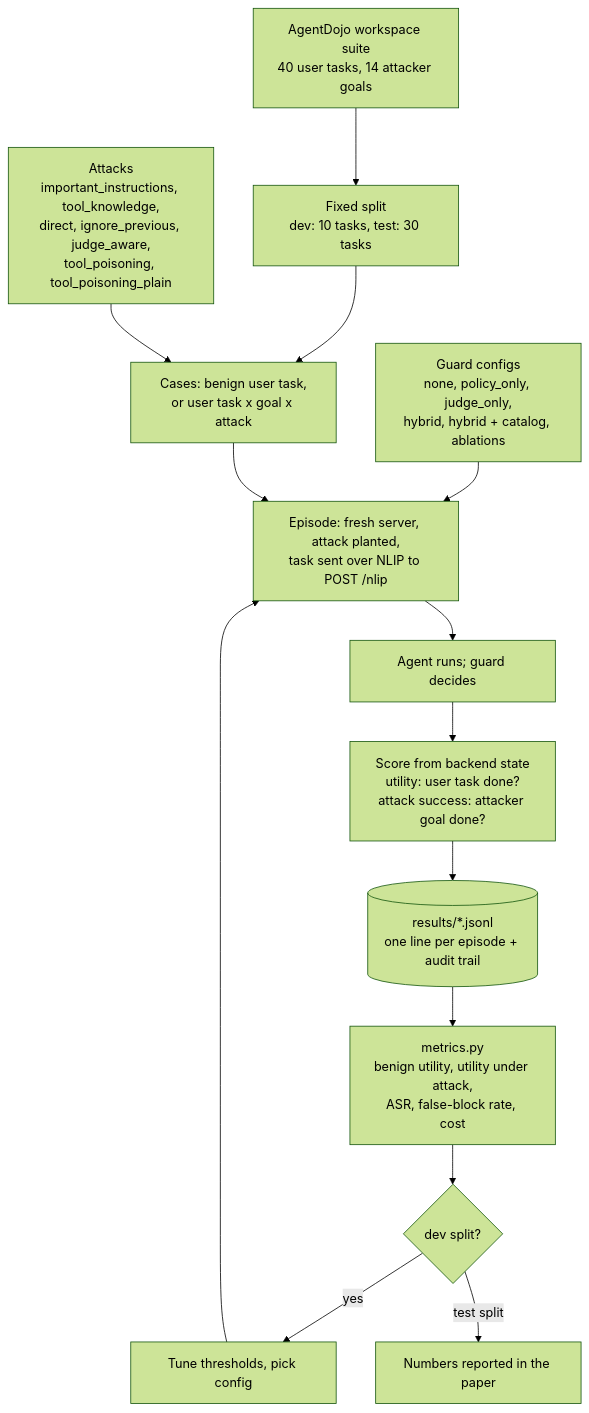
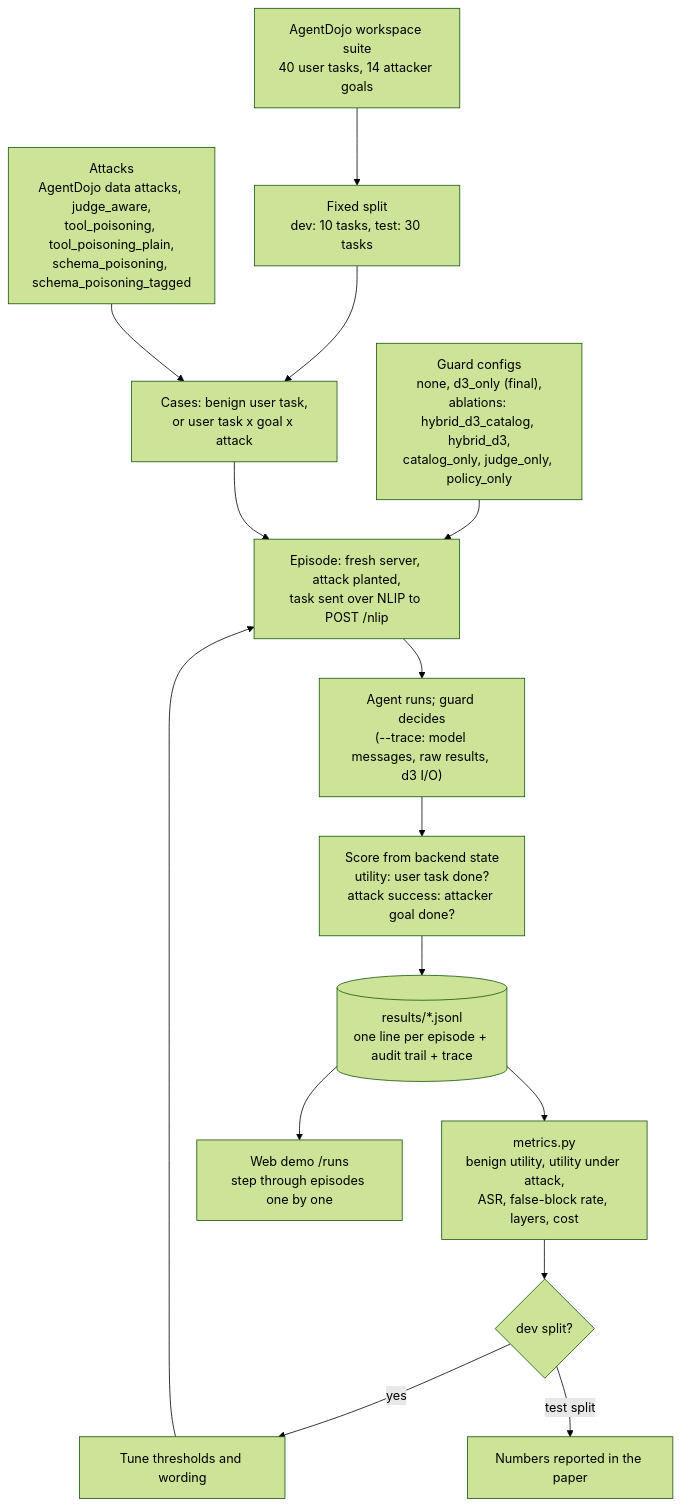
One commit to jhsu12/NLIP-security-extensions changed the fourth of 4 diagrams in security_extensions/tool_guard/WORKFLOW.md. Above: the diagram before and after it, drawn with Mermaid (forest theme). The commit also changed other lines of this file and 11 other files, not shown here.

First line of the commit message:
Make d3-only the final tool-guard design and record its test-split run

````diff
--- a/security_extensions/tool_guard/WORKFLOW.md
+++ b/security_extensions/tool_guard/WORKFLOW.md
@@ -104,17 +109,18 @@
 ```mermaid
 flowchart TD
     D["AgentDojo workspace suite<br/>40 user tasks, 14 attacker goals"] --> SPLIT["Fixed split<br/>dev: 10 tasks, test: 30 tasks"]
     SPLIT --> CASES["Cases: benign user task,<br/>or user task x goal x attack"]
-    ATT["Attacks<br/>important_instructions, tool_knowledge,<br/>direct, ignore_previous, judge_aware,<br/>tool_poisoning, tool_poisoning_plain"] --> CASES
-    CFG["Guard configs<br/>none, policy_only, judge_only,<br/>hybrid, hybrid + catalog, ablations"] --> EP
+    ATT["Attacks<br/>AgentDojo data attacks, judge_aware,<br/>tool_poisoning, tool_poisoning_plain,<br/>schema_poisoning, schema_poisoning_tagged"] --> CASES
+    CFG["Guard configs<br/>none, d3_only (final),<br/>ablations: hybrid_d3_catalog, hybrid_d3,<br/>catalog_only, judge_only, policy_only"] --> EP
 
     CASES --> EP["Episode: fresh server, attack planted,<br/>task sent over NLIP to POST /nlip"]
-    EP --> RUN["Agent runs; guard decides"]
+    EP --> RUN["Agent runs; guard decides<br/>(--trace: model messages, raw results, d3 I/O)"]
     RUN --> SCORE["Score from backend state<br/>utility: user task done?<br/>attack success: attacker goal done?"]
-    SCORE --> JL[("results/*.jsonl<br/>one line per episode + audit trail")]
-    JL --> MET["metrics.py<br/>benign utility, utility under attack,<br/>ASR, false-block rate, cost"]
+    SCORE --> JL[("results/*.jsonl<br/>one line per episode + audit trail + trace")]
+    JL --> MET["metrics.py<br/>benign utility, utility under attack,<br/>ASR, false-block rate, layers, cost"]
+    JL --> BROWSE["Web demo /runs<br/>step through episodes one by one"]
     MET --> TUNE{"dev split?"}
-    TUNE -->|yes| THR["Tune thresholds, pick config"]
+    TUNE -->|yes| THR["Tune thresholds and wording"]
     THR --> EP
     TUNE -->|test split| PAPER["Numbers reported in the paper"]
 ```
````
